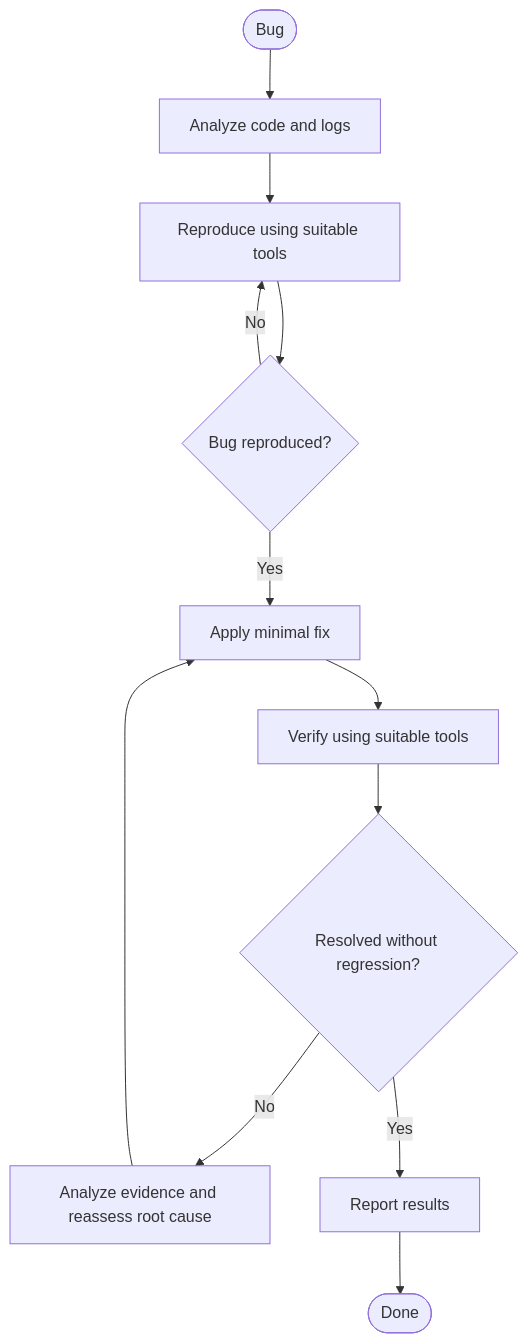
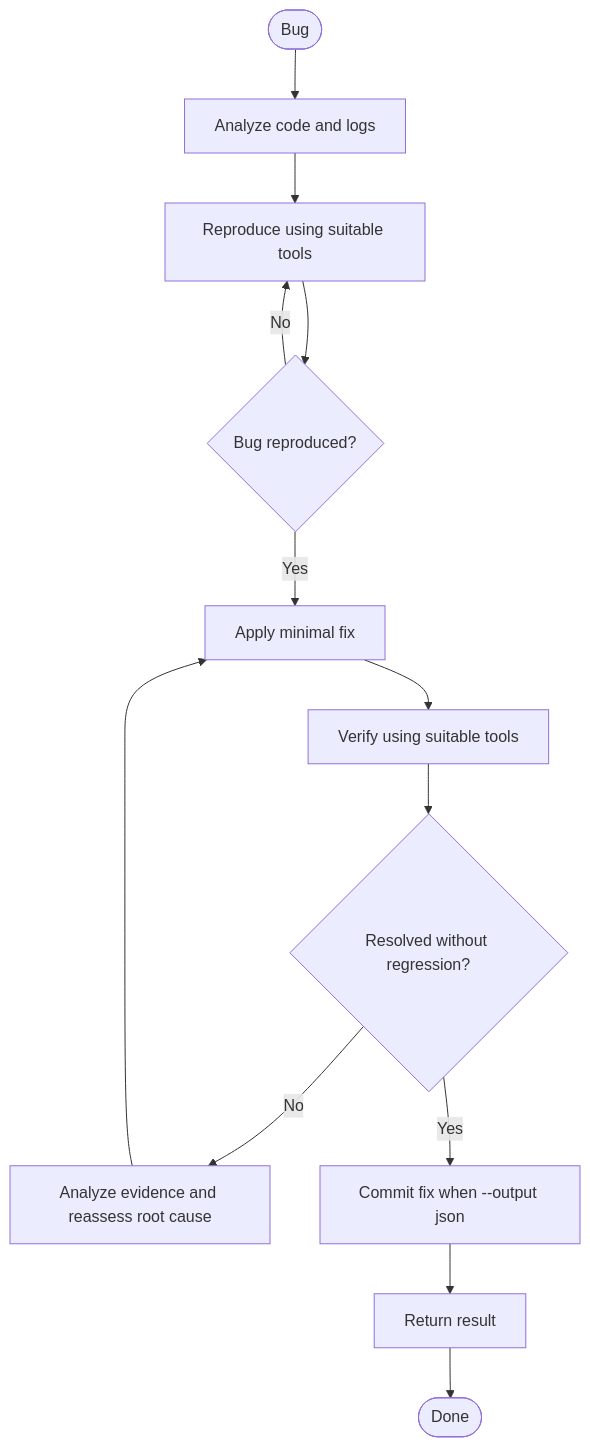
One commit to onur-aslan/sdd changed the diagram in sdd/skills/bug-fix/SKILL.md. Above: the diagram before and after it, drawn with Mermaid. The commit also changed other lines of this file and 37 other files, not shown here.

````diff
--- a/sdd/skills/bug-fix/SKILL.md
+++ b/sdd/skills/bug-fix/SKILL.md
@@ -29,14 +30,15 @@
 ```mermaid
 flowchart TD
     A([Bug]) --> B[Analyze code and logs]
     B --> C[Reproduce using suitable tools]
     C --> D{Bug reproduced?}
     D -->|No| C
     D -->|Yes| E[Apply minimal fix]
     E --> F[Verify using suitable tools]
     F --> G{Resolved without regression?}
     G -->|No| H[Analyze evidence and reassess root cause]
     H --> E
-    G -->|Yes| I[Report results]
-    I --> J([Done])
+    G -->|Yes| I[Commit fix when --output json]
+    I --> J[Return result]
+    J --> K([Done])
 ```
````
